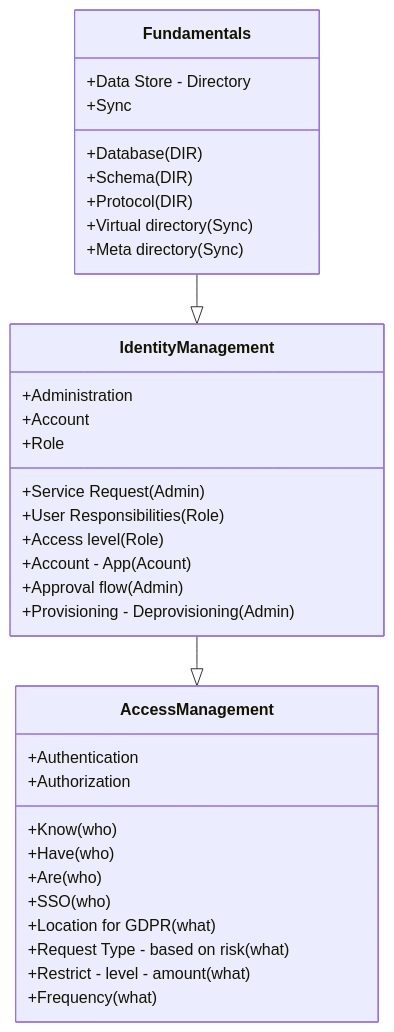
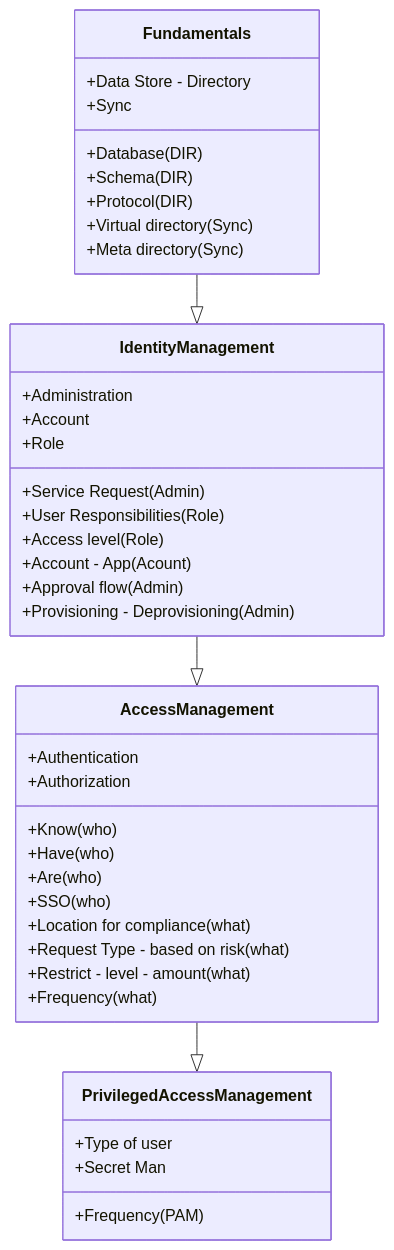
The diagram in IAM101.md (ilyesedina/Project-handbook), drawn with Mermaid before and after one commit.

````diff
--- a/IAM101.md
+++ b/IAM101.md
@@ -7,36 +7,42 @@
 ```mermaid
 classDiagram
     class Fundamentals
     Fundamentals : +Data Store - Directory
     Fundamentals : +Database(DIR)
     Fundamentals : +Schema(DIR)
     Fundamentals : +Protocol(DIR)
     Fundamentals : +Sync
     Fundamentals : +Virtual directory (Sync)
     Fundamentals : +Meta directory (Sync)
     Fundamentals --|> IdentityManagement
 
     class IdentityManagement
     IdentityManagement : +Administration 
     IdentityManagement : +Account 
     IdentityManagement : +Role
     IdentityManagement : +Service Request (Admin)
     IdentityManagement : +User Responsibilities (Role)
     IdentityManagement : +Access level (Role)
     IdentityManagement : +Account - App (Acount)
     IdentityManagement : +Approval flow (Admin)
     IdentityManagement : +Provisioning - Deprovisioning (Admin)
     IdentityManagement --|> AccessManagement
 
     Class AccessManagement
     AccessManagement : +Authentication 
     AccessManagement : +Authorization 
     AccessManagement : +Know (who)
     AccessManagement : +Have (who)
     AccessManagement : +Are (who)
     AccessManagement : +SSO (who)
-    AccessManagement : +Location for GDPR (what)
+    AccessManagement : +Location for compliance (what)
     AccessManagement : +Request Type - based on risk (what)
     AccessManagement : +Restrict - level - amount (what)
     AccessManagement : +Frequency (what)
+    AccessManagement --|> PrivilegedAccessManagement
+
+    Class PrivilegedAccessManagement 
+    PrivilegedAccessManagement : +Type of user 
+    PrivilegedAccessManagement : +Secret Man
+    PrivilegedAccessManagement : +Frequency  (PAM)
 ```
````
